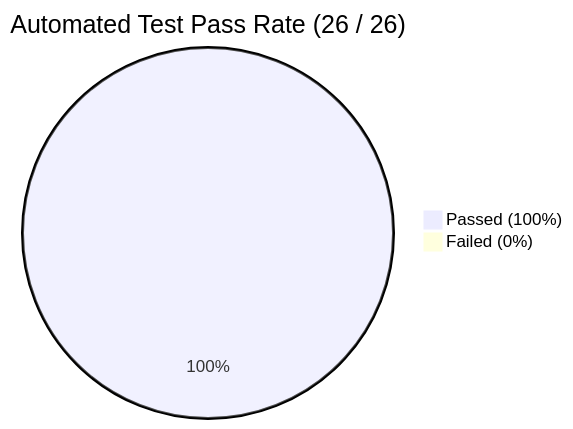
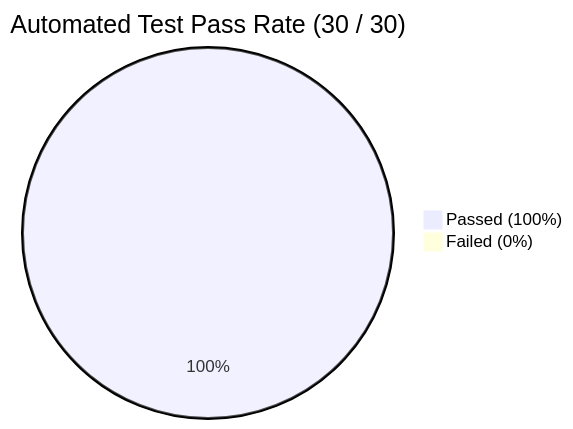
One commit to R-ABIDA/VeLoop-Rewards-Product-Analytics changed the diagram in 07_tests_and_validation/evidence/test_execution_report.md. Above: the diagram before and after it, drawn with Mermaid. The commit also changed other lines of this file and 21 other files, not shown here.

Commit message:
feat: complete supervisor enhancements - 7 BI dashboard sections, PostgreSQL integration, accounting triggers, 32 event schemas, forensic event audit

````diff
--- a/07_tests_and_validation/evidence/test_execution_report.md
+++ b/07_tests_and_validation/evidence/test_execution_report.md
@@ -15,5 +15,5 @@
 ```mermaid
-pie title Automated Test Pass Rate (26 / 26)
-    "Passed (100%)" : 26
+pie title Automated Test Pass Rate (30 / 30)
+    "Passed (100%)" : 30
     "Failed (0%)" : 0
 ```
````
